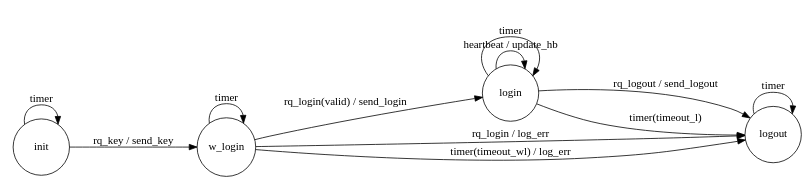
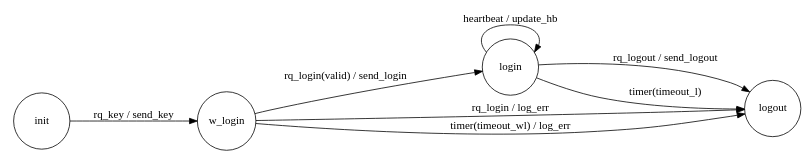
Before and after one commit to jleahred/fsm_gen: the diagram in cpp_test/fsm/login.dot, drawn with Graphviz. The commit also changed 2 other files, not shown here.

Commit message:
filter in generated diagram transitions with no guards and no actions ending in same transition

```diff
--- a/cpp_test/fsm/login.dot
+++ b/cpp_test/fsm/login.dot
@@ -1,23 +1,19 @@
 
 digraph finite_state_machine {
 	rankdir=LR;
 	size="8,5"
 	node [shape = circle, width=1];
 
 
 
 init -> w_login [label="rq_key / send_key"]
-init -> init [label="timer"]
 
 w_login -> login [label="rq_login(valid) / send_login"]
 w_login -> logout [label="rq_login / log_err"]
 w_login -> logout [label="timer(timeout_wl) / log_err"]
-w_login -> w_login [label="timer"]
 
 login -> logout [label="rq_logout / send_logout"]
 login -> login [label="heartbeat / update_hb"]
 login -> logout [label="timer(timeout_l)"]
-login -> login [label="timer"]
 
-logout -> logout [label="timer"]
 }
```
